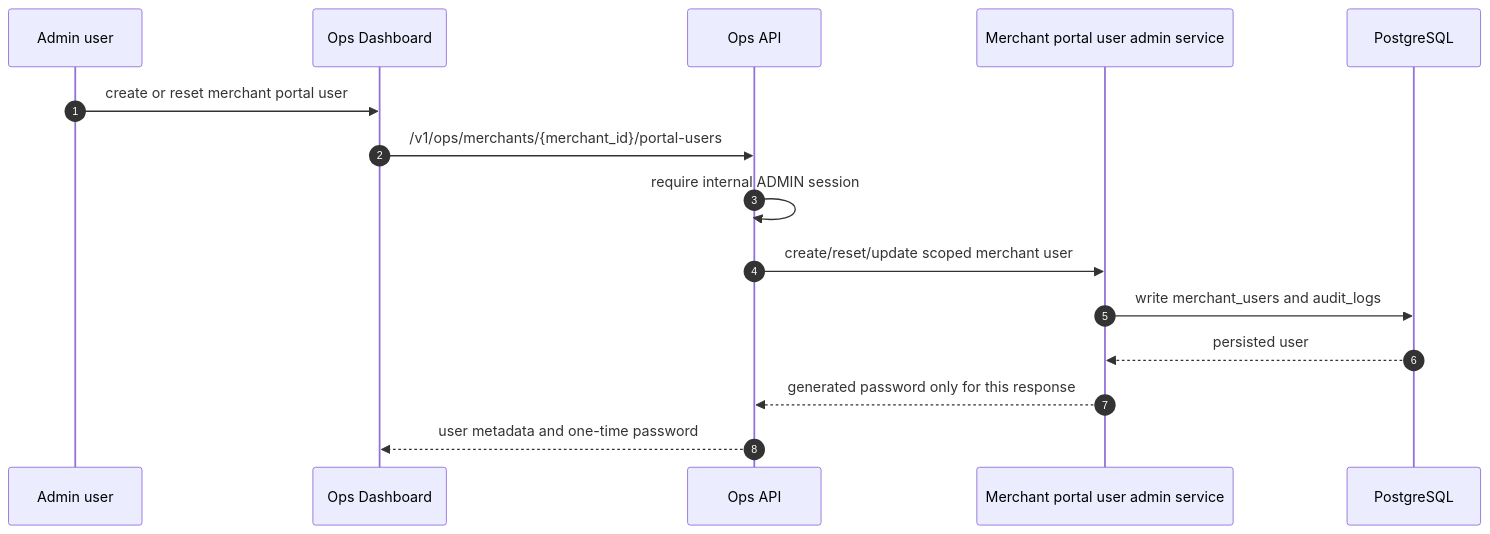
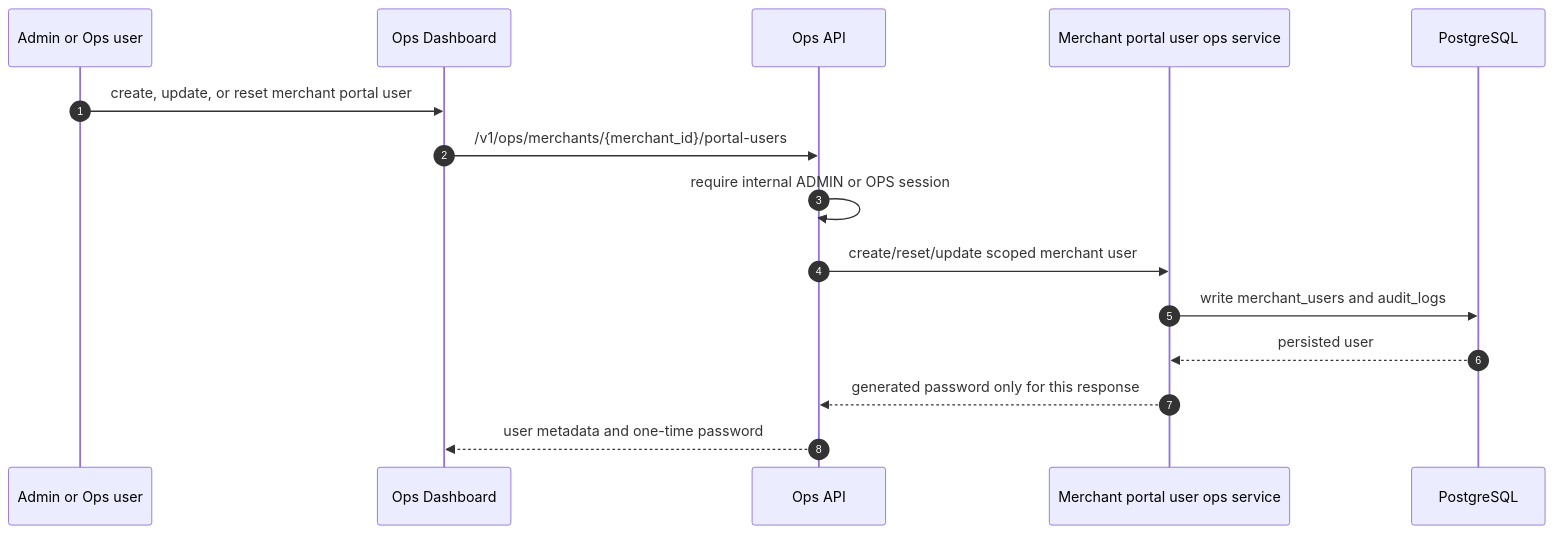
One commit to biabeogo147/mini-payment-gateway changed the fifth of 6 diagrams in docs/architecture/system.md. Above: the diagram before and after it, drawn with Mermaid. The commit also changed other lines of this file and 33 other files, not shown here.

Commit message:
feat: let ops manage merchant portal users

````diff
--- a/docs/architecture/system.md
+++ b/docs/architecture/system.md
@@ -185,18 +185,18 @@
 ```mermaid
 sequenceDiagram
     autonumber
-    participant Admin as Admin user
+    participant Operator as Admin or Ops user
     participant OpsUI as Ops Dashboard
     participant API as Ops API
-    participant Service as Merchant portal user admin service
+    participant Service as Merchant portal user ops service
     participant DB as PostgreSQL
 
-    Admin->>OpsUI: create or reset merchant portal user
+    Operator->>OpsUI: create, update, or reset merchant portal user
     OpsUI->>API: /v1/ops/merchants/{merchant_id}/portal-users
-    API->>API: require internal ADMIN session
+    API->>API: require internal ADMIN or OPS session
     API->>Service: create/reset/update scoped merchant user
     Service->>DB: write merchant_users and audit_logs
     DB-->>Service: persisted user
     Service-->>API: generated password only for this response
     API-->>OpsUI: user metadata and one-time password
 ```
````
